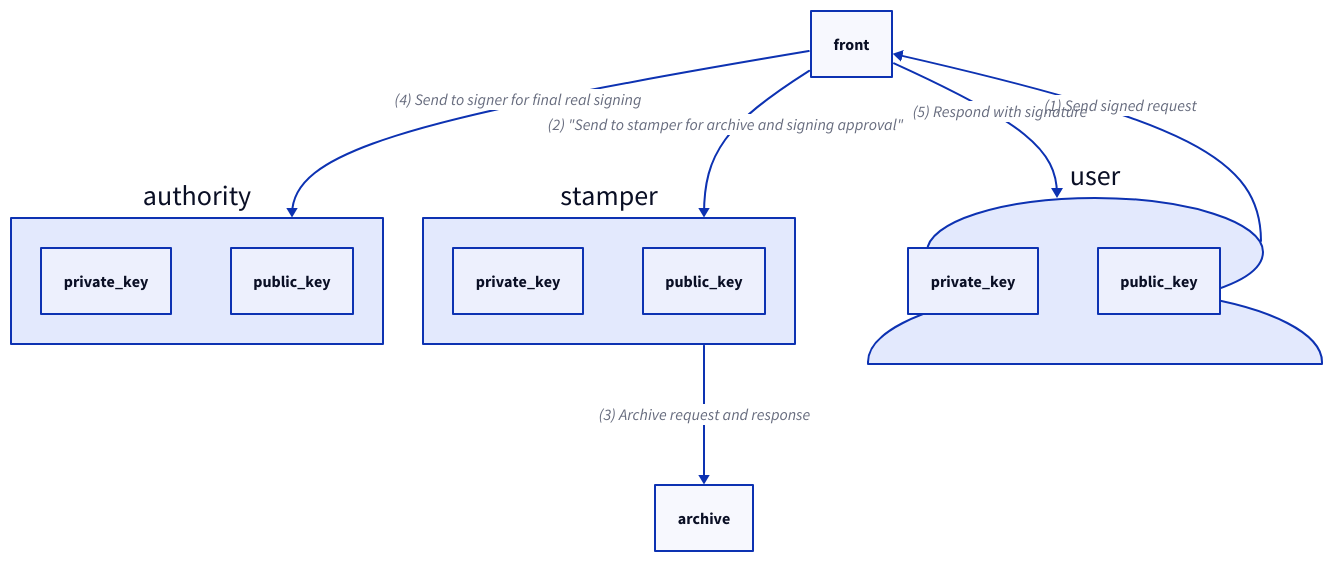
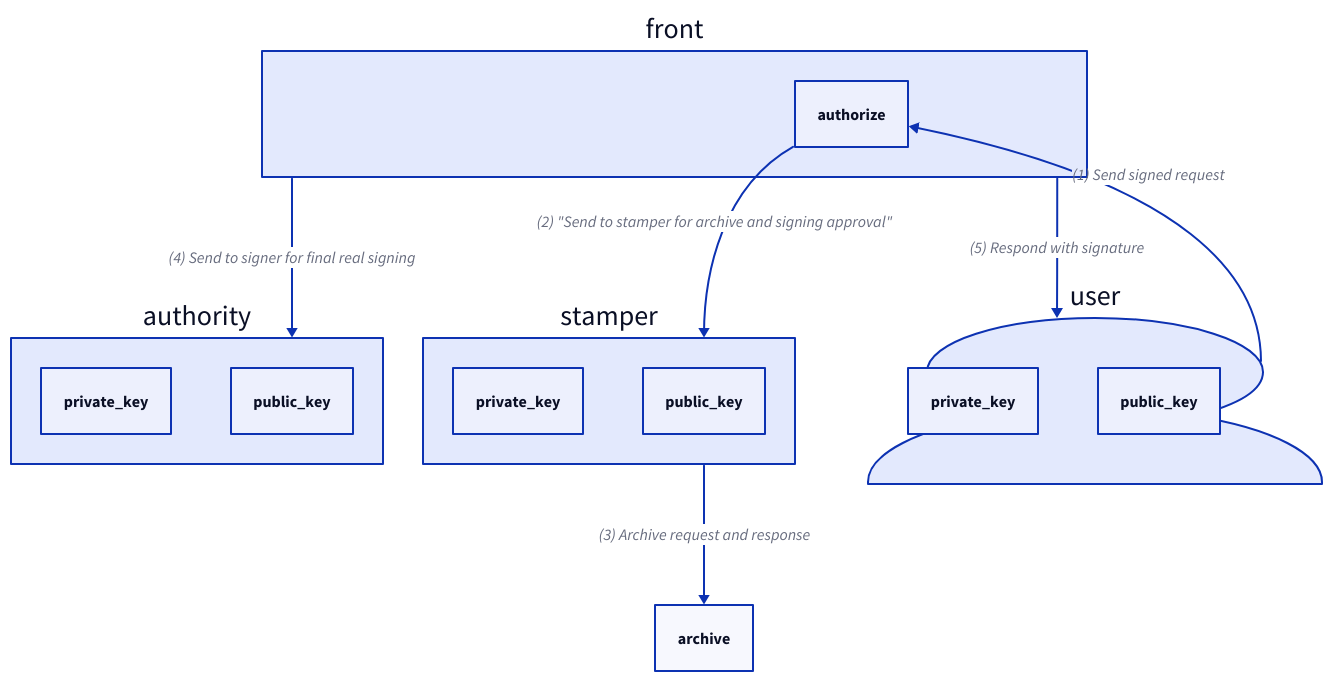
The diagram in architecture.d2 (Plawn/signer), drawn with D2 before and after one commit. The commit also changed 1 other file, not shown here.

```diff
--- a/architecture.d2
+++ b/architecture.d2
@@ -1,54 +1,56 @@
 
 
 authority {
     private_key {
         
     }
     public_key {
 
     }
 }
 
 stamper {
     private_key {
         
     }
     public_key {
 
     }
 }
 
 front {
-
+    authorize {
+        
+    }
 }
 
 user {
     shape: person
     private_key {
 
     }
     public_key {
 
     }
 }
 
 
-user -> front {
+user -> front.authorize {
     label: "(1) Send signed request"
 }
 
-front -> stamper {
+front.authorize -> stamper {
     label: (2) "Send to stamper for archive and signing approval"
 }
 
 front -> authority  {
     label: "(4) Send to signer for final real signing"
 }
 
 stamper -> archive {
     label: "(3) Archive request and response"
 }
 
 front -> user {
     label: "(5) Respond with signature"
 }
```
